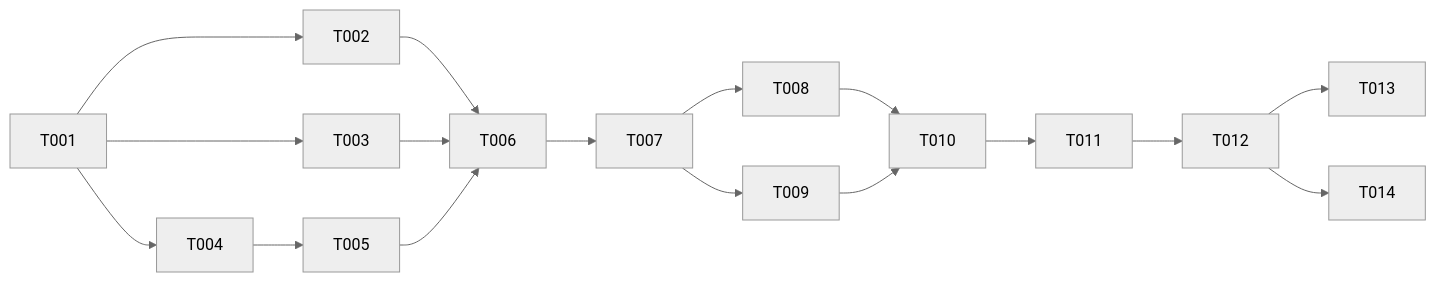
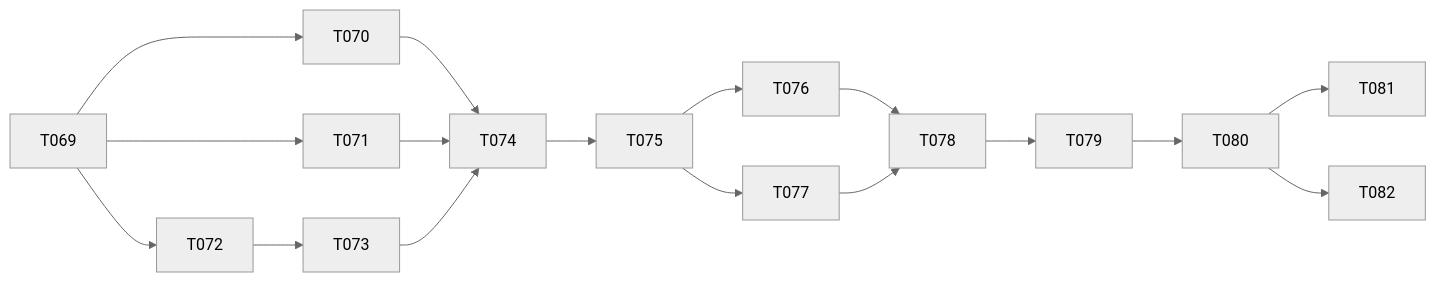
The diagram in specs/002-json-content-authoring/tasks.md (fjure/idle-factory-game), drawn with Mermaid (neutral theme) before and after one commit. The commit also changed other lines of this file and 4 other files, not shown here.

````diff
--- a/specs/002-json-content-authoring/tasks.md
+++ b/specs/002-json-content-authoring/tasks.md
@@ -281,8 +283,8 @@
 ```mermaid
 flowchart LR
-  T001 --> T002 & T003 & T004
-  T004 --> T005
-  T002 & T003 & T005 --> T006 --> T007
-  T007 --> T008 & T009
-  T008 & T009 --> T010 --> T011 --> T012 --> T013 & T014
+  T069 --> T070 & T071 & T072
+  T072 --> T073
+  T070 & T071 & T073 --> T074 --> T075
+  T075 --> T076 & T077
+  T076 & T077 --> T078 --> T079 --> T080 --> T081 & T082
 ```
````
